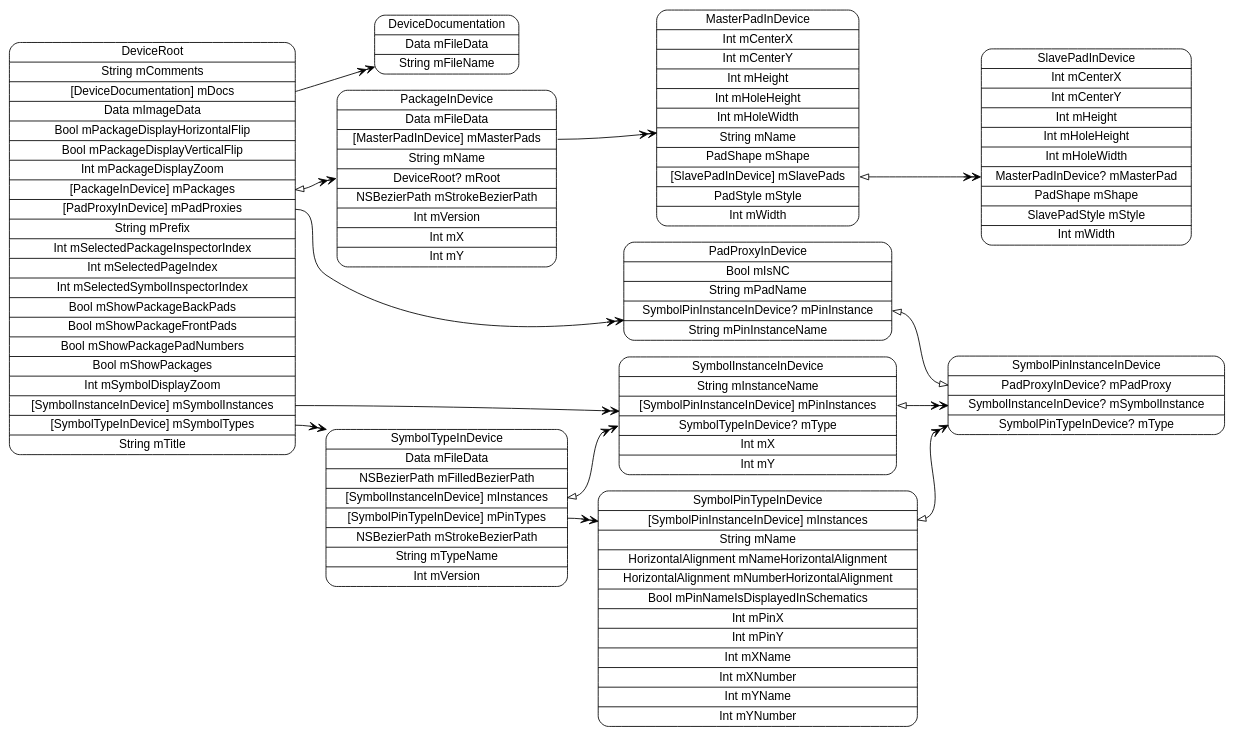
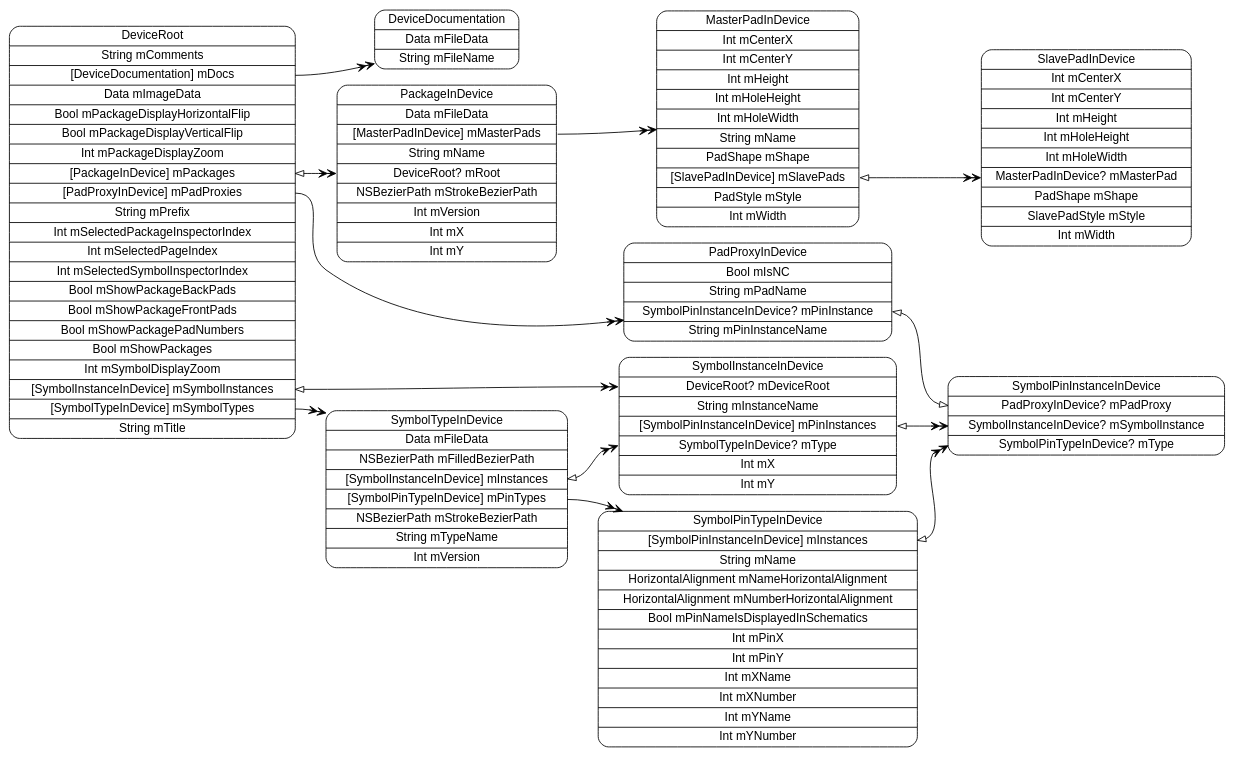
Before and after one commit to pierremolinaro/ElCanari-dev: the diagram in models/graph-DeviceRoot.dot, drawn with Graphviz. The commit also changed 17 other files, not shown here.

```diff
--- a/models/graph-DeviceRoot.dot
+++ b/models/graph-DeviceRoot.dot
@@ -1,26 +1,26 @@
 digraph G {
   rankdir=LR ;
   node [shape=record fontname=helvetica style=rounded] ;
   DeviceRoot[label="<DeviceRoot>DeviceRoot|String mComments|<mDocs>[DeviceDocumentation] mDocs|Data mImageData|Bool mPackageDisplayHorizontalFlip|Bool mPackageDisplayVerticalFlip|Int mPackageDisplayZoom|<mPackages>[PackageInDevice] mPackages|<mPadProxies>[PadProxyInDevice] mPadProxies|String mPrefix|Int mSelectedPackageInspectorIndex|Int mSelectedPageIndex|Int mSelectedSymbolInspectorIndex|Bool mShowPackageBackPads|Bool mShowPackageFrontPads|Bool mShowPackagePadNumbers|Bool mShowPackages|Int mSymbolDisplayZoom|<mSymbolInstances>[SymbolInstanceInDevice] mSymbolInstances|<mSymbolTypes>[SymbolTypeInDevice] mSymbolTypes|String mTitle"] ;
   SymbolTypeInDevice[label="<SymbolTypeInDevice>SymbolTypeInDevice|Data mFileData|NSBezierPath mFilledBezierPath|<mInstances>[SymbolInstanceInDevice] mInstances|<mPinTypes>[SymbolPinTypeInDevice] mPinTypes|NSBezierPath mStrokeBezierPath|String mTypeName|Int mVersion"] ;
   SymbolPinTypeInDevice[label="<SymbolPinTypeInDevice>SymbolPinTypeInDevice|<mInstances>[SymbolPinInstanceInDevice] mInstances|String mName|HorizontalAlignment mNameHorizontalAlignment|HorizontalAlignment mNumberHorizontalAlignment|Bool mPinNameIsDisplayedInSchematics|Int mPinX|Int mPinY|Int mXName|Int mXNumber|Int mYName|Int mYNumber"] ;
   SymbolPinInstanceInDevice[label="<SymbolPinInstanceInDevice>SymbolPinInstanceInDevice|<mPadProxy>PadProxyInDevice? mPadProxy|<mSymbolInstance>SymbolInstanceInDevice? mSymbolInstance|<mType>SymbolPinTypeInDevice? mType"] ;
-  SymbolInstanceInDevice[label="<SymbolInstanceInDevice>SymbolInstanceInDevice|String mInstanceName|<mPinInstances>[SymbolPinInstanceInDevice] mPinInstances|<mType>SymbolTypeInDevice? mType|Int mX|Int mY"] ;
+  SymbolInstanceInDevice[label="<SymbolInstanceInDevice>SymbolInstanceInDevice|<mDeviceRoot>DeviceRoot? mDeviceRoot|String mInstanceName|<mPinInstances>[SymbolPinInstanceInDevice] mPinInstances|<mType>SymbolTypeInDevice? mType|Int mX|Int mY"] ;
   PadProxyInDevice[label="<PadProxyInDevice>PadProxyInDevice|Bool mIsNC|String mPadName|<mPinInstance>SymbolPinInstanceInDevice? mPinInstance|String mPinInstanceName"] ;
   PackageInDevice[label="<PackageInDevice>PackageInDevice|Data mFileData|<mMasterPads>[MasterPadInDevice] mMasterPads|String mName|<mRoot>DeviceRoot? mRoot|NSBezierPath mStrokeBezierPath|Int mVersion|Int mX|Int mY"] ;
   MasterPadInDevice[label="<MasterPadInDevice>MasterPadInDevice|Int mCenterX|Int mCenterY|Int mHeight|Int mHoleHeight|Int mHoleWidth|String mName|PadShape mShape|<mSlavePads>[SlavePadInDevice] mSlavePads|PadStyle mStyle|Int mWidth"] ;
   SlavePadInDevice[label="<SlavePadInDevice>SlavePadInDevice|Int mCenterX|Int mCenterY|Int mHeight|Int mHoleHeight|Int mHoleWidth|<mMasterPad>MasterPadInDevice? mMasterPad|PadShape mShape|SlavePadStyle mStyle|Int mWidth"] ;
   DeviceDocumentation[label="<DeviceDocumentation>DeviceDocumentation|Data mFileData|String mFileName"] ;
   DeviceRoot:mDocs -> DeviceDocumentation [dir=both arrowtail=none arrowhead=veevee] ;
   DeviceRoot:mPackages -> PackageInDevice:mRoot [dir=both arrowtail=onormal arrowhead=veevee] ;
   DeviceRoot:mPadProxies -> PadProxyInDevice [dir=both arrowtail=none arrowhead=veevee] ;
-  DeviceRoot:mSymbolInstances -> SymbolInstanceInDevice [dir=both arrowtail=none arrowhead=veevee] ;
+  DeviceRoot:mSymbolInstances -> SymbolInstanceInDevice:mDeviceRoot [dir=both arrowtail=onormal arrowhead=veevee] ;
   DeviceRoot:mSymbolTypes -> SymbolTypeInDevice [dir=both arrowtail=none arrowhead=veevee] ;
   SymbolTypeInDevice:mInstances -> SymbolInstanceInDevice:mType [dir=both arrowtail=onormal arrowhead=veevee] ;
   SymbolTypeInDevice:mPinTypes -> SymbolPinTypeInDevice [dir=both arrowtail=none arrowhead=veevee] ;
   SymbolPinTypeInDevice:mInstances -> SymbolPinInstanceInDevice:mType [dir=both arrowtail=onormal arrowhead=veevee] ;
   SymbolInstanceInDevice:mPinInstances -> SymbolPinInstanceInDevice:mSymbolInstance [dir=both arrowtail=onormal arrowhead=veevee] ;
   PadProxyInDevice:mPinInstance -> SymbolPinInstanceInDevice:mPadProxy [dir=both arrowtail=onormal arrowhead=onormal] ;
   PackageInDevice:mMasterPads -> MasterPadInDevice [dir=both arrowtail=none arrowhead=veevee] ;
   MasterPadInDevice:mSlavePads -> SlavePadInDevice:mMasterPad [dir=both arrowtail=onormal arrowhead=veevee] ;
 }
```
